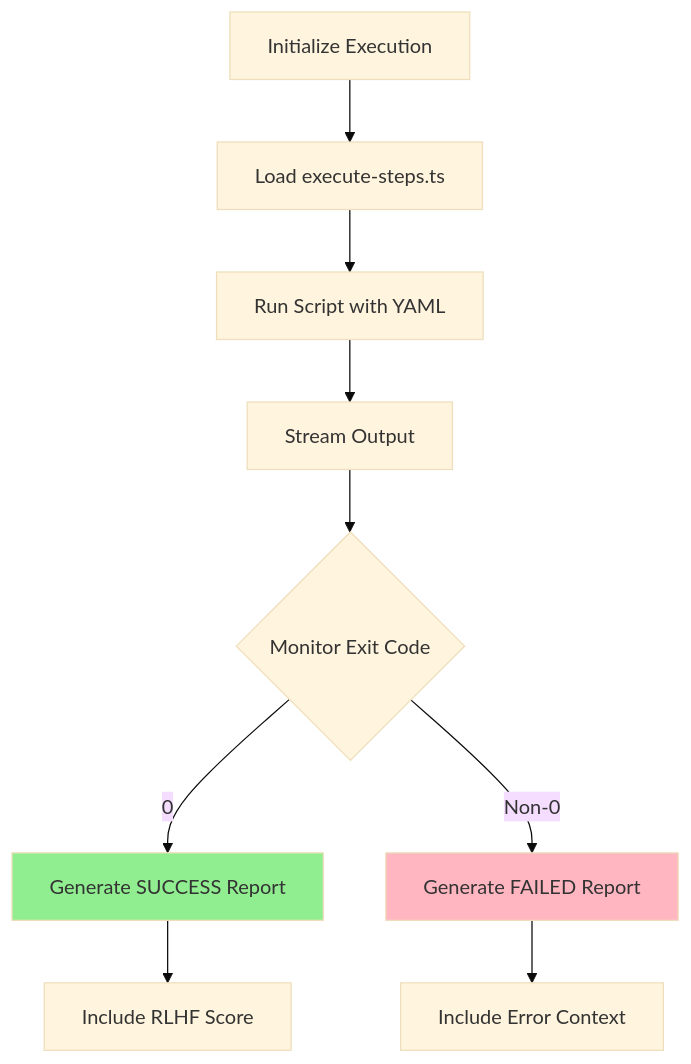
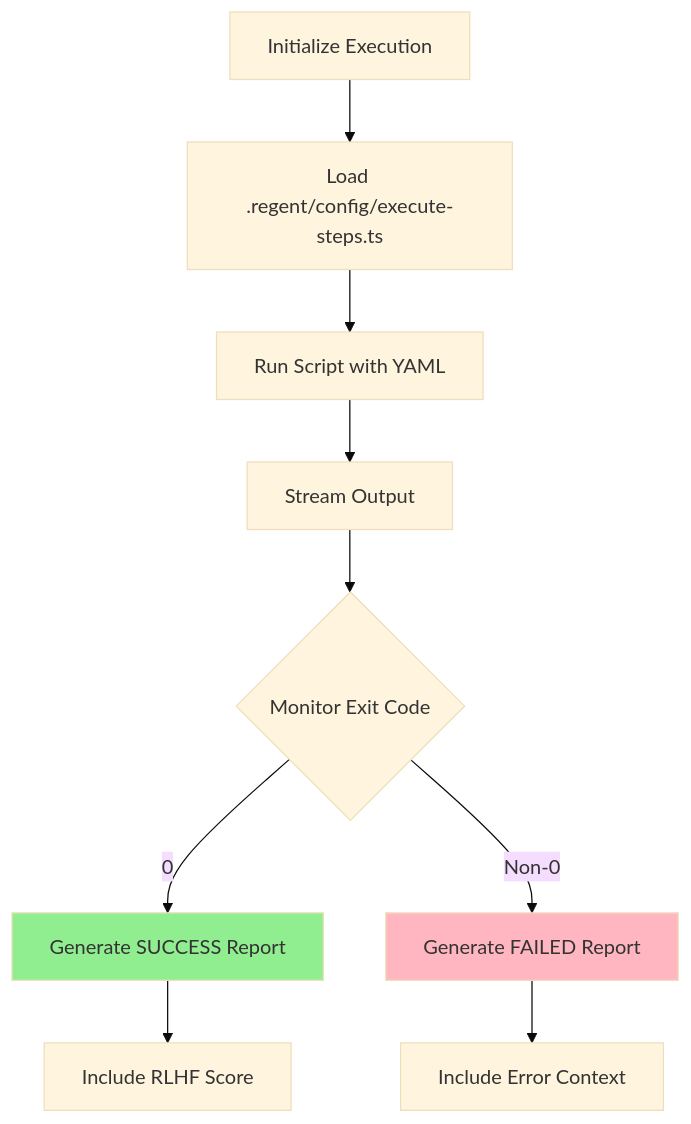
Before and after one commit to thiagobutignon/spec-kit-clean-archicteture: the diagram in .claude/commands/06-execute-layer-steps.md, drawn with Mermaid (base theme). The commit also changed other lines of this file and 8 other files, not shown here.

````diff
--- a/.claude/commands/06-execute-layer-steps.md
+++ b/.claude/commands/06-execute-layer-steps.md
@@ -127,13 +127,13 @@
 ```mermaid
 graph TD
-    A[Initialize Execution] --> B[Load execute-steps.ts]
+    A[Initialize Execution] --> B[Load .regent/config/execute-steps.ts]
     B --> C[Run Script with YAML]
     C --> D[Stream Output]
     D --> E{Monitor Exit Code}
     E -->|0| F[Generate SUCCESS Report]
     E -->|Non-0| G[Generate FAILED Report]
     F --> H[Include RLHF Score]
     G --> I[Include Error Context]
     style F fill:#90EE90
     style G fill:#FFB6C1
 ```
````
